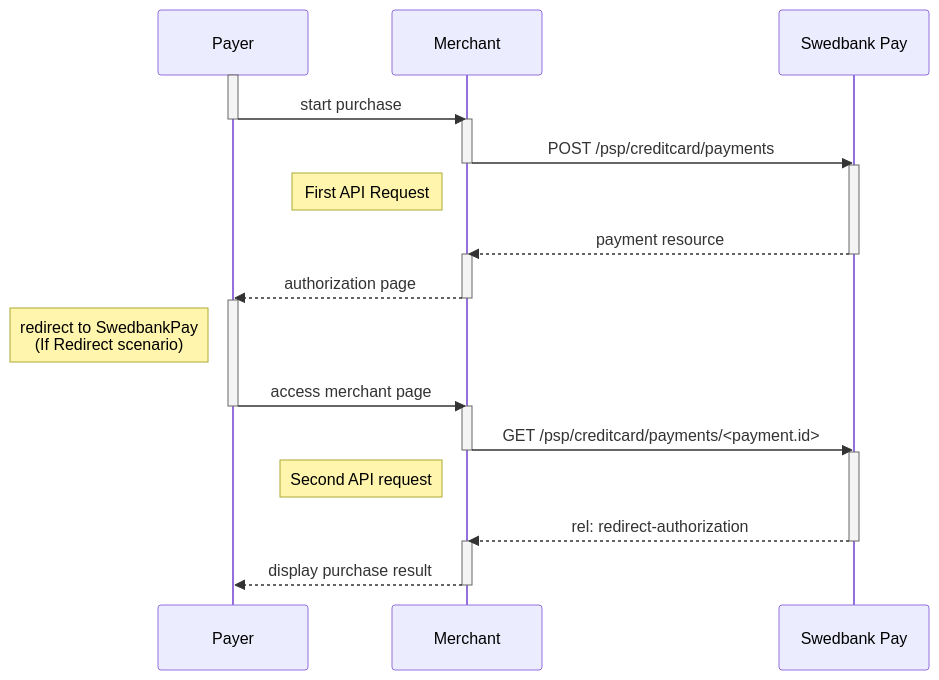
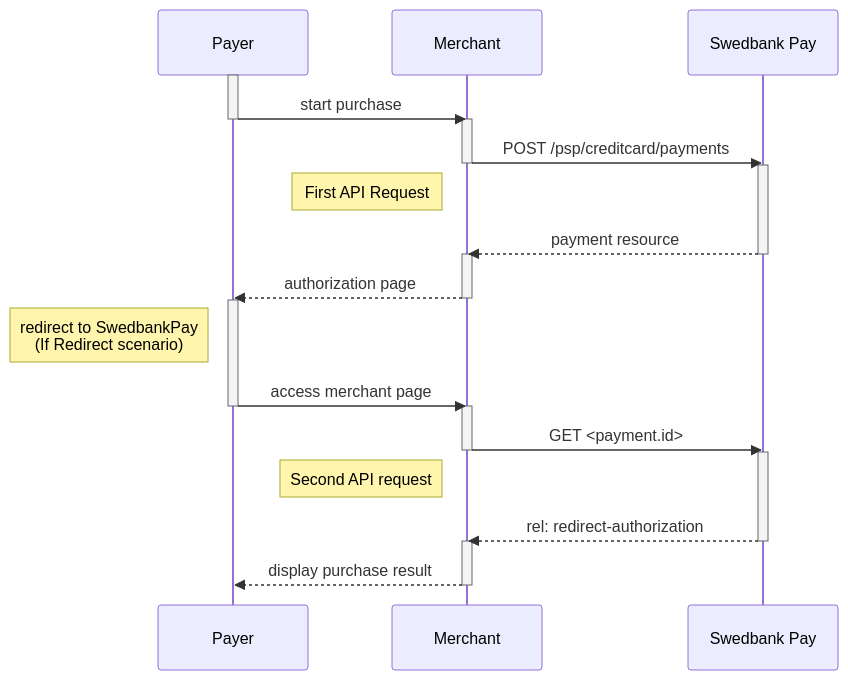
The first of 2 diagrams in payments/card/index.md (SwedbankPay/developer.swedbankpay.com), drawn with Mermaid before and after one commit.

Commit message:
Update payments/card/index.md
Update URL in sequence diagram

````diff
--- a/payments/card/index.md
+++ b/payments/card/index.md
@@ -109,27 +109,27 @@
 ```mermaid
 sequenceDiagram
     participant Payer
     participant Merchant
     participant SwedbankPay as Swedbank Pay
 
     activate Payer
     Payer->>-Merchant: start purchase
     activate Merchant
     Merchant->>-SwedbankPay: POST /psp/creditcard/payments
     activate SwedbankPay
     note left of Merchant: First API Request
     SwedbankPay-->>-Merchant: payment resource
     activate Merchant
     Merchant-->>-Payer: authorization page
     activate Payer
     note left of Payer: redirect to SwedbankPay<br>(If Redirect scenario)
     Payer->>-Merchant: access merchant page
     activate Merchant
-    Merchant->>-SwedbankPay: GET /psp/creditcard/payments/<payment.id>
+    Merchant->>-SwedbankPay: GET <payment.id>
     activate SwedbankPay
     note left of Merchant: Second API request
     SwedbankPay-->>-Merchant: rel: redirect-authorization
     activate Merchant
     Merchant-->>-Payer: display purchase result
     activate Payer
 ```
````
